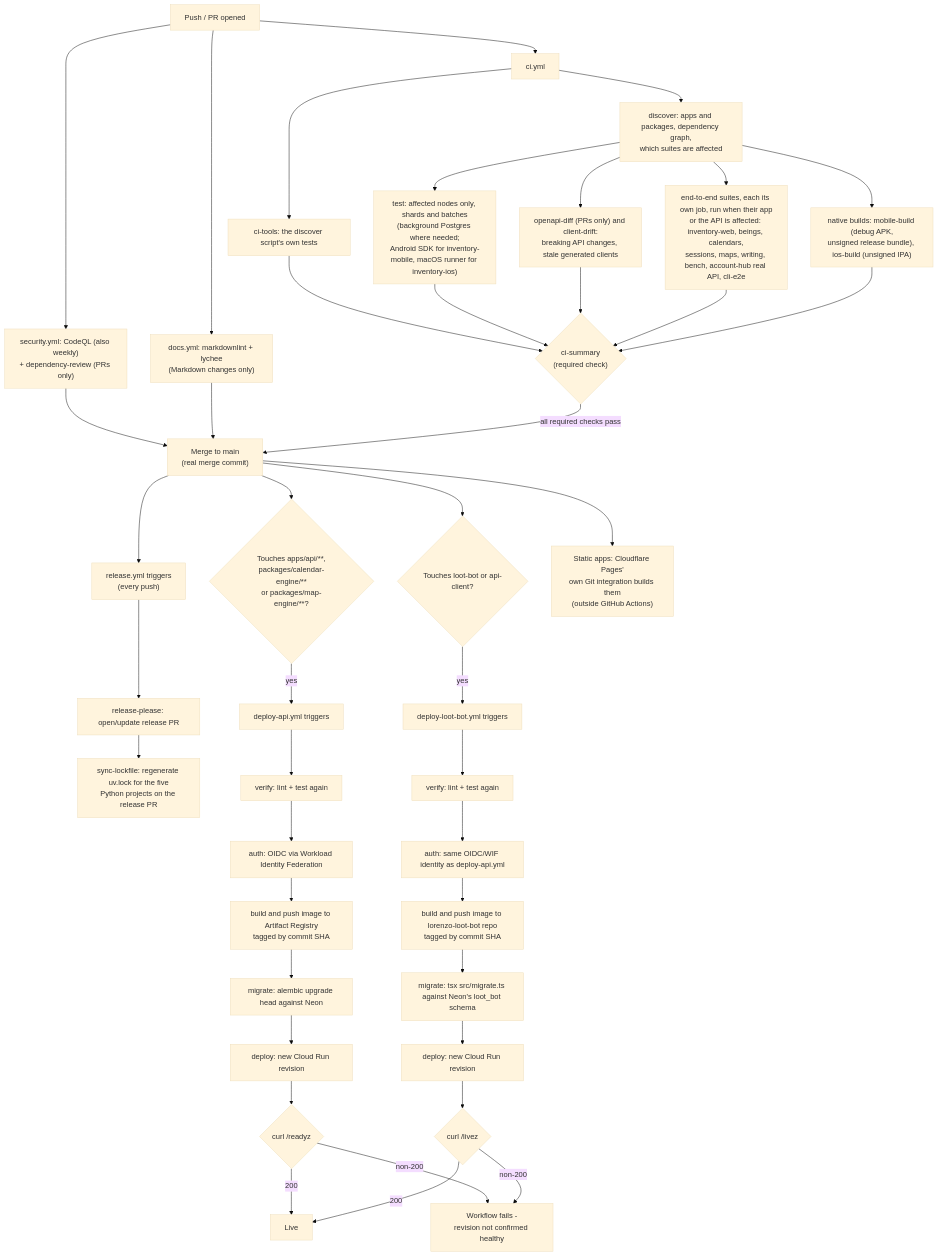
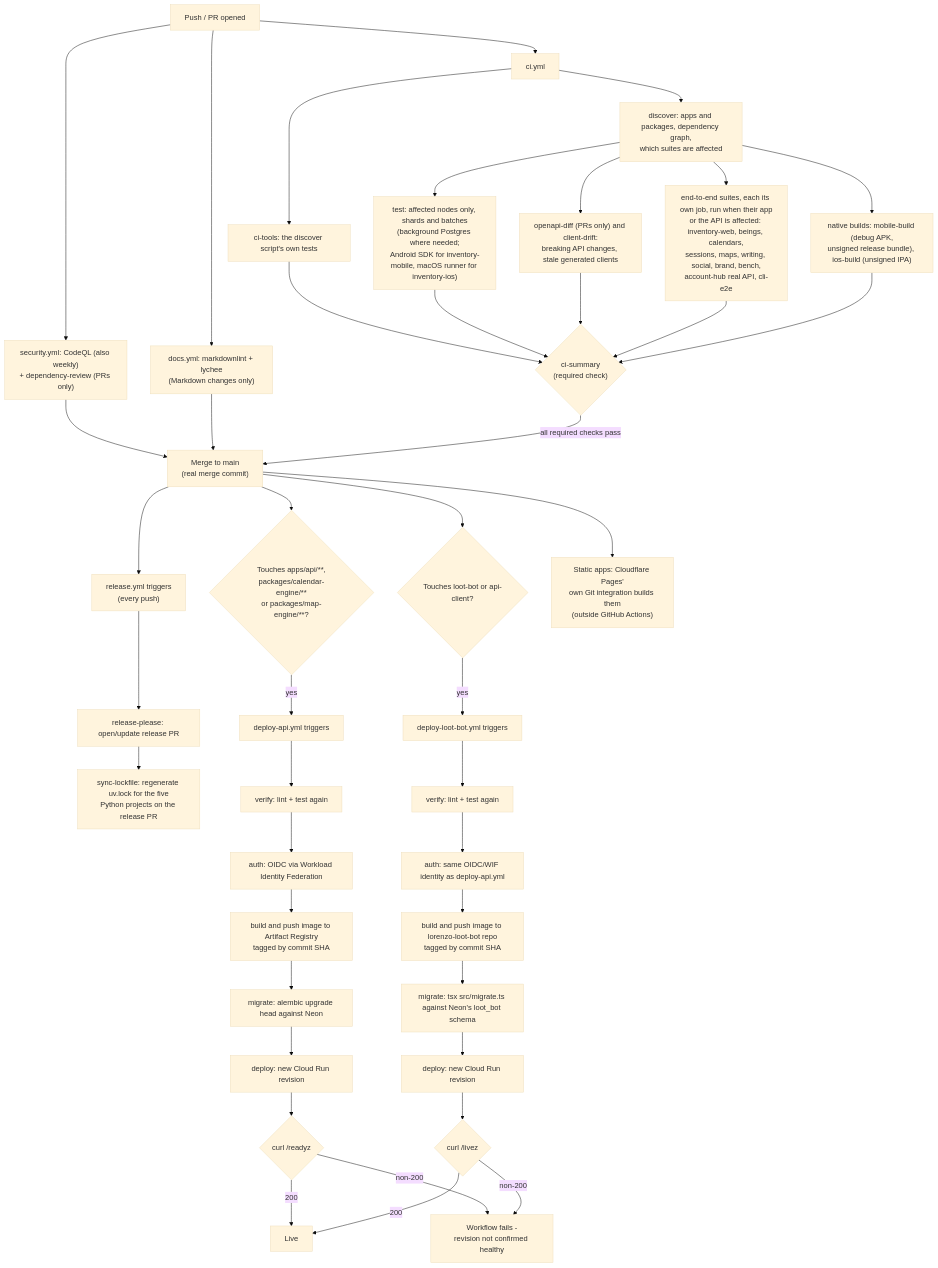
One commit to ramsesoriginal/lorenzo changed the diagram in docs/architecture/diagrams/ci-cd-pipeline.md. Above: the diagram before and after it, drawn with Mermaid (base theme). The commit also changed other lines of this file, not shown here.

Commit message:
docs(architecture): list the social and brand suites in the CI diagram

````diff
--- a/docs/architecture/diagrams/ci-cd-pipeline.md
+++ b/docs/architecture/diagrams/ci-cd-pipeline.md
@@ -3,49 +3,49 @@
 ```mermaid
 flowchart TD
     A["Push / PR opened"] --> B["ci.yml"]
     B --> B0["ci-tools: the discover script's own tests"]
     B --> B1["discover: apps and packages, dependency graph,<br/>which suites are affected"]
     B1 --> B2["test: affected nodes only, shards and batches<br/>(background Postgres where needed;<br/>Android SDK for inventory-mobile, macOS runner for inventory-ios)"]
     B1 --> B5["openapi-diff (PRs only) and client-drift:<br/>breaking API changes, stale generated clients"]
-    B1 --> B6["end-to-end suites, each its own job, run when their app<br/>or the API is affected: inventory-web, beings, calendars,<br/>sessions, maps, writing, bench, account-hub real API, cli-e2e"]
+    B1 --> B6["end-to-end suites, each its own job, run when their app<br/>or the API is affected: inventory-web, beings, calendars,<br/>sessions, maps, writing, social, brand, bench,<br/>account-hub real API, cli-e2e"]
     B1 --> B7["native builds: mobile-build (debug APK,<br/>unsigned release bundle), ios-build (unsigned IPA)"]
     A --> B3["security.yml: CodeQL (also weekly)<br/>+ dependency-review (PRs only)"]
     A --> B4["docs.yml: markdownlint + lychee<br/>(Markdown changes only)"]
     B0 --> C
     B2 --> C{"ci-summary<br/>(required check)"}
     B5 --> C
     B6 --> C
     B7 --> C
     B3 --> D
     B4 --> D
 
     C -->|all required checks pass| D["Merge to main<br/>(real merge commit)"]
 
     D --> E{"Touches apps/api/**,<br/>packages/calendar-engine/**<br/>or packages/map-engine/**?"}
     E -->|yes| F["deploy-api.yml triggers"]
     D --> EL{"Touches loot-bot or api-client?"}
     EL -->|yes| FL["deploy-loot-bot.yml triggers"]
     D --> G["release.yml triggers<br/>(every push)"]
     D --> CF["Static apps: Cloudflare Pages'<br/>own Git integration builds them<br/>(outside GitHub Actions)"]
 
     G --> G1["release-please: open/update release PR"]
     G1 --> G2["sync-lockfile: regenerate uv.lock for the five<br/>Python projects on the release PR"]
 
     F --> F1["verify: lint + test again"]
     F1 --> F2["auth: OIDC via Workload Identity Federation"]
     F2 --> F3["build and push image to Artifact Registry<br/>tagged by commit SHA"]
     F3 --> F4["migrate: alembic upgrade head against Neon"]
     F4 --> F5["deploy: new Cloud Run revision"]
     F5 --> F6{"curl /readyz"}
     F6 -->|200| H["Live"]
     F6 -->|non-200| I["Workflow fails -<br/>revision not confirmed healthy"]
 
     FL --> FL1["verify: lint + test again"]
     FL1 --> FL2["auth: same OIDC/WIF identity as deploy-api.yml"]
     FL2 --> FL3["build and push image to lorenzo-loot-bot repo<br/>tagged by commit SHA"]
     FL3 --> FL4["migrate: tsx src/migrate.ts against Neon's loot_bot schema"]
     FL4 --> FL5["deploy: new Cloud Run revision"]
     FL5 --> FL6{"curl /livez"}
     FL6 -->|200| H
     FL6 -->|non-200| I
 ```
````
